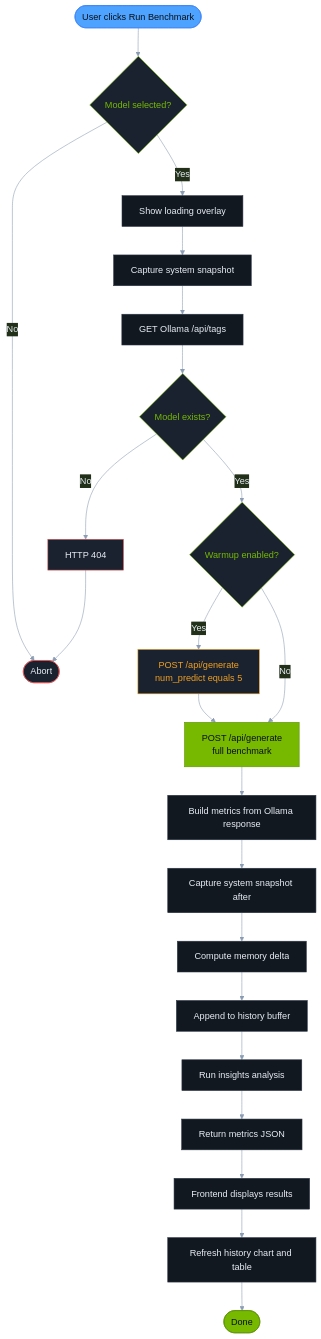
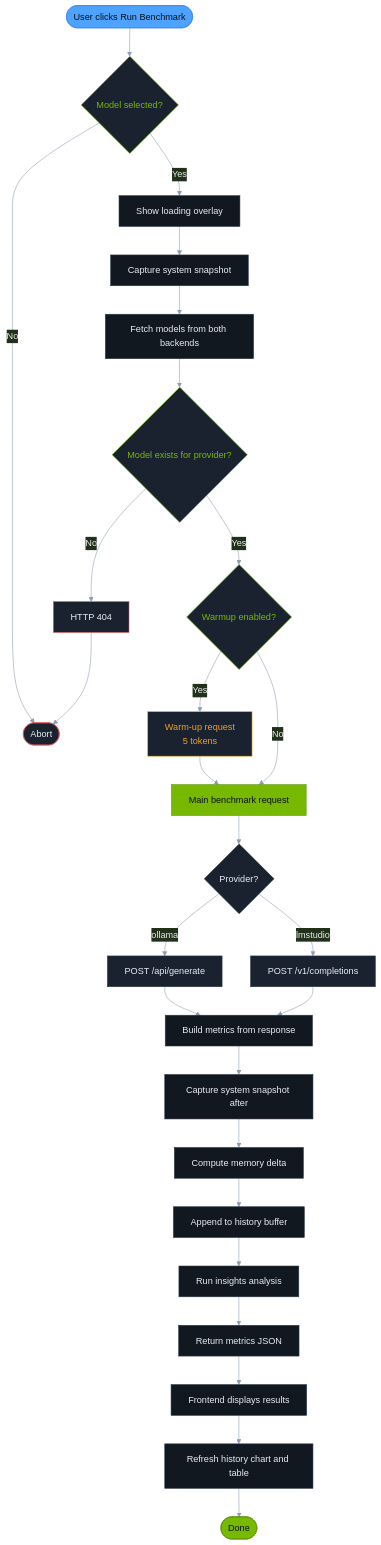
Before and after one commit to vampokala/llm-dashboard: the fourth of 12 diagrams in DOCUMENTATION.md, drawn with Mermaid. The commit also changed other lines of this file and 3 other files, not shown here.

````diff
--- a/DOCUMENTATION.md
+++ b/DOCUMENTATION.md
@@ -299,42 +327,46 @@
 ```mermaid
 %%{init: {"theme": "base", "themeVariables": {"primaryColor": "#1a2230", "primaryTextColor": "#e8edf4", "primaryBorderColor": "#2a3544", "lineColor": "#8b9cb3"}}}%%
 flowchart TD
     Start(["User clicks Run Benchmark"]) --> Validate{"Model selected?"}
     Validate -->|No| End1(["Abort"])
     Validate -->|Yes| ShowLoading["Show loading overlay"]
     ShowLoading --> SnapshotBefore["Capture system snapshot"]
-    SnapshotBefore --> ListModels["GET Ollama /api/tags"]
-    ListModels --> ModelFound{"Model exists?"}
+    SnapshotBefore --> ListModels["Fetch models from both backends"]
+    ListModels --> ModelFound{"Model exists for provider?"}
     ModelFound -->|No| Error404["HTTP 404"]
     ModelFound -->|Yes| Warmup{"Warmup enabled?"}
 
-    Warmup -->|Yes| WarmupRun["POST /api/generate<br/>num_predict equals 5"]
-    WarmupRun --> MainRun["POST /api/generate<br/>full benchmark"]
+    Warmup -->|Yes| WarmupRun["Warm-up request<br/>5 tokens"]
+    WarmupRun --> MainRun["Main benchmark request"]
     Warmup -->|No| MainRun
 
-    MainRun --> BuildMetrics["Build metrics from Ollama response"]
+    MainRun --> ProviderCheck{"Provider?"}
+    ProviderCheck -->|ollama| OllamaRun["POST /api/generate"]
+    ProviderCheck -->|lmstudio| LMSRun["POST /v1/completions"]
+    OllamaRun --> BuildMetrics["Build metrics from response"]
+    LMSRun --> BuildMetrics
     BuildMetrics --> SnapshotAfter["Capture system snapshot after"]
     SnapshotAfter --> CalcDelta["Compute memory delta"]
     CalcDelta --> AppendHistory["Append to history buffer"]
     AppendHistory --> Analyze["Run insights analysis"]
     Analyze --> ReturnJSON["Return metrics JSON"]
     ReturnJSON --> Display["Frontend displays results"]
     Display --> UpdateChart["Refresh history chart and table"]
     UpdateChart --> End2(["Done"])
 
     Error404 --> End1
 
     classDef info fill:#4da3ff,stroke:#3b82f6,color:#0b0f14
     classDef surface fill:#121820,stroke:#2a3544,color:#e8edf4
     classDef accent fill:#1a2230,stroke:#76b900,color:#76b900
     classDef warn fill:#1a2230,stroke:#f0a020,color:#f0a020
     classDef danger fill:#1a2230,stroke:#e05252,color:#e8edf4
     classDef done fill:#76b900,stroke:#5a8f00,color:#0b0f14
 
     class Start info
     class ShowLoading,SnapshotBefore,ListModels,BuildMetrics,SnapshotAfter,CalcDelta,AppendHistory,Analyze,ReturnJSON,Display,UpdateChart surface
     class Validate,ModelFound,Warmup accent
     class WarmupRun warn
     class MainRun,End2 done
     class Error404,End1 danger
 ```
````
